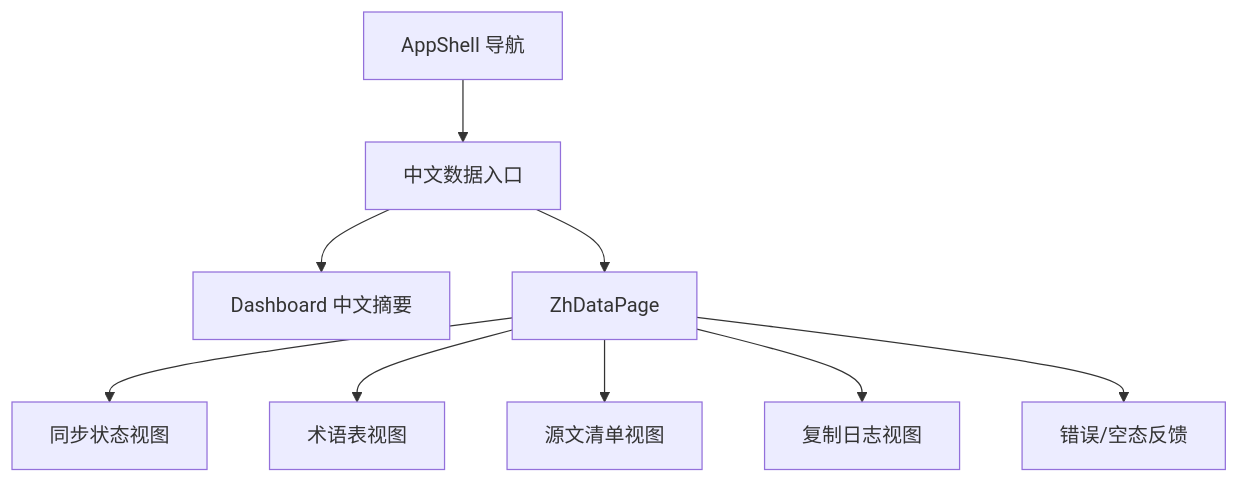
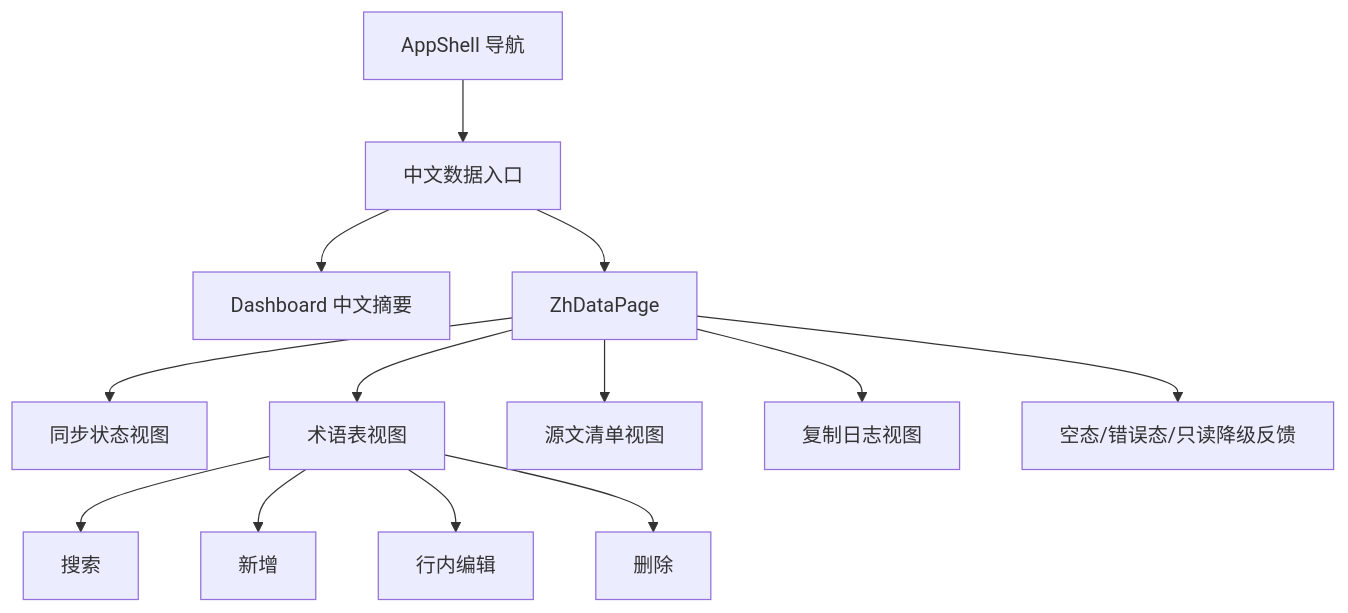
One commit to dapr-cn/docs changed the diagram in openspec/specs/zh-data-console/spec.md. Above: the diagram before and after it, drawn with Mermaid. The commit also changed other lines of this file and 7 other files, not shown here.

````diff
--- a/openspec/specs/zh-data-console/spec.md
+++ b/openspec/specs/zh-data-console/spec.md
@@ -9,11 +9,15 @@
 ```mermaid
 flowchart TD
     A[AppShell 导航] --> B[中文数据入口]
     B --> C[Dashboard 中文摘要]
     B --> D[ZhDataPage]
     D --> E[同步状态视图]
     D --> F[术语表视图]
+    F --> F1[搜索]
+    F --> F2[新增]
+    F --> F3[行内编辑]
+    F --> F4[删除]
     D --> G[源文清单视图]
     D --> H[复制日志视图]
-    D --> I[错误/空态反馈]
+    D --> I[空态/错误态/只读降级反馈]
 ```
````
